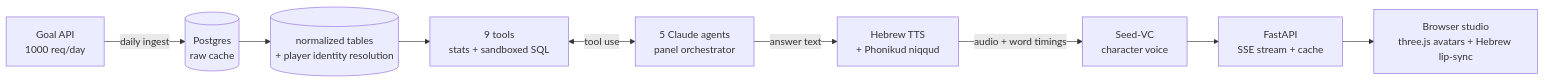
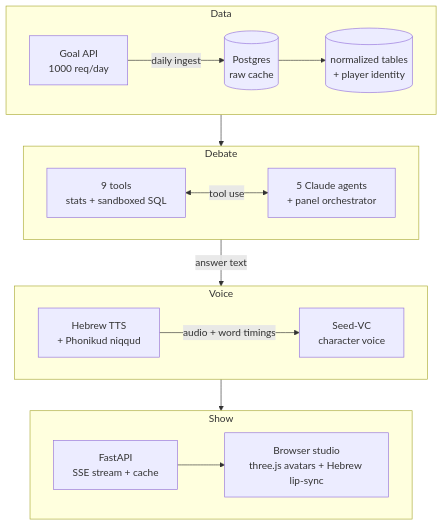
The diagram in README.md (amitsaviro/ai-football-studio), drawn with Mermaid before and after one commit.

Commit message:
README: lay the architecture diagram out in rows so it's readable

````diff
--- a/README.md
+++ b/README.md
@@ -33,11 +33,22 @@
 ```mermaid
-flowchart LR
-    API[Goal API<br/>1000 req/day] -->|daily ingest| RAW[(Postgres<br/>raw cache)]
-    RAW --> NORM[(normalized tables<br/>+ player identity resolution)]
-    NORM --> TOOLS[9 tools<br/>stats + sandboxed SQL]
-    TOOLS <-->|tool use| AGENTS[5 Claude agents<br/>panel orchestrator]
-    AGENTS -->|answer text| TTS[Hebrew TTS<br/>+ Phonikud niqqud]
-    TTS -->|audio + word timings| VC[Seed-VC<br/>character voice]
-    VC --> SERVER[FastAPI<br/>SSE stream + cache]
-    SERVER --> STUDIO[Browser studio<br/>three.js avatars + Hebrew lip-sync]
+flowchart TB
+    subgraph data [Data]
+        direction LR
+        API[Goal API<br/>1000 req/day] -->|daily ingest| RAW[(Postgres<br/>raw cache)] --> NORM[(normalized tables<br/>+ player identity)]
+    end
+    subgraph debate [Debate]
+        direction LR
+        TOOLS[9 tools<br/>stats + sandboxed SQL] <-->|tool use| AGENTS[5 Claude agents<br/>+ panel orchestrator]
+    end
+    subgraph speech [Voice]
+        direction LR
+        TTS[Hebrew TTS<br/>+ Phonikud niqqud] -->|audio + word timings| VC[Seed-VC<br/>character voice]
+    end
+    subgraph show [Show]
+        direction LR
+        SERVER[FastAPI<br/>SSE stream + cache] --> STUDIO[Browser studio<br/>three.js avatars + Hebrew lip-sync]
+    end
+    NORM --> TOOLS
+    AGENTS -->|answer text| TTS
+    VC --> SERVER
 ```
````
